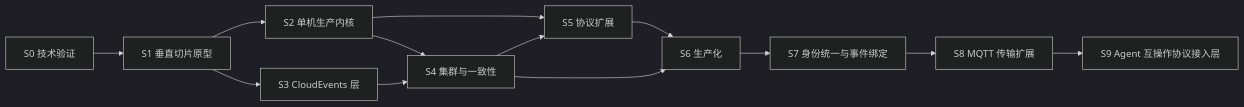
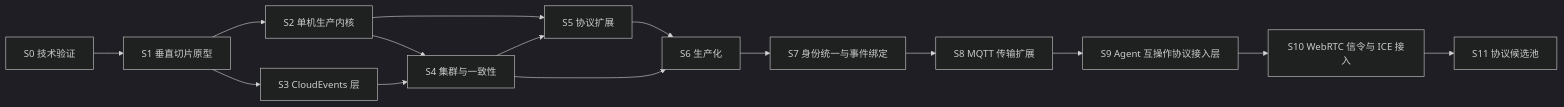
Before and after one commit to wanliofficial/unified-mq: the diagram in docs/roadmap.md, drawn with Mermaid (dark theme). The commit also changed other lines of this file and 5 other files, not shown here.

First line of the commit message:
docs(s9-a): record agent rpc and a2a listener in architecture and progress

````diff
--- a/docs/roadmap.md
+++ b/docs/roadmap.md
@@ -21,15 +21,17 @@
 ```mermaid
 flowchart LR
     S0[S0 技术验证] --> S1[S1 垂直切片原型]
     S1 --> S2[S2 单机生产内核]
     S1 --> S3[S3 CloudEvents 层]
     S2 --> S4[S4 集群与一致性]
     S3 --> S4
     S2 --> S5[S5 协议扩展]
     S4 --> S5
     S5 --> S6[S6 生产化]
     S4 --> S6
     S6 --> S7[S7 身份统一与事件绑定]
     S7 --> S8[S8 MQTT 传输扩展]
     S8 --> S9[S9 Agent 互操作协议接入层]
+    S9 --> S10[S10 WebRTC 信令与 ICE 接入]
+    S10 --> S11[S11 协议候选池]
 ```
````
